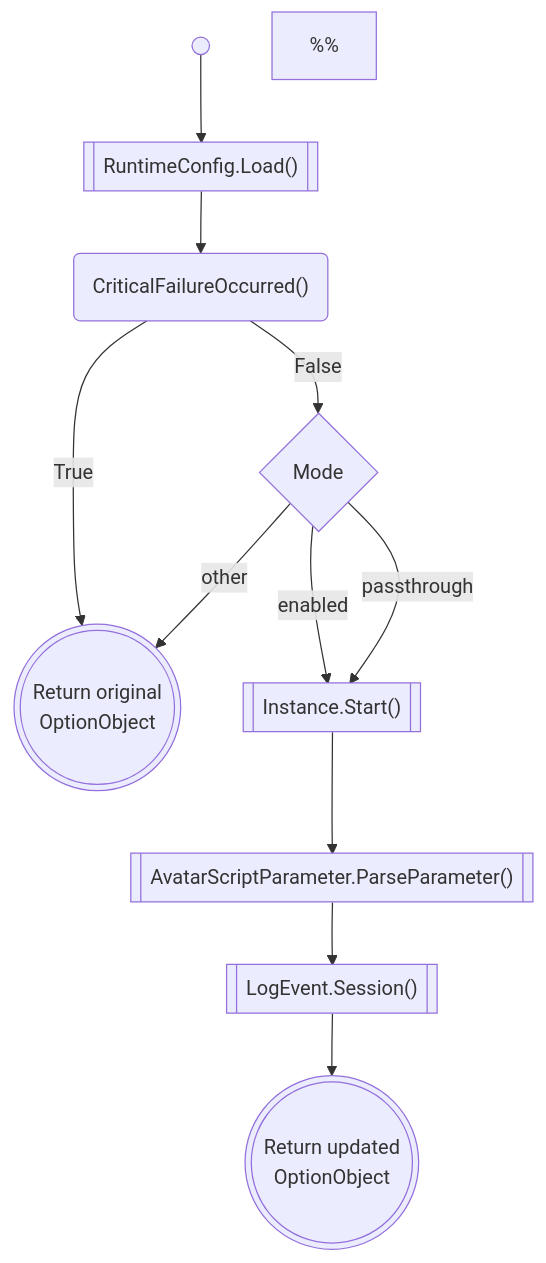
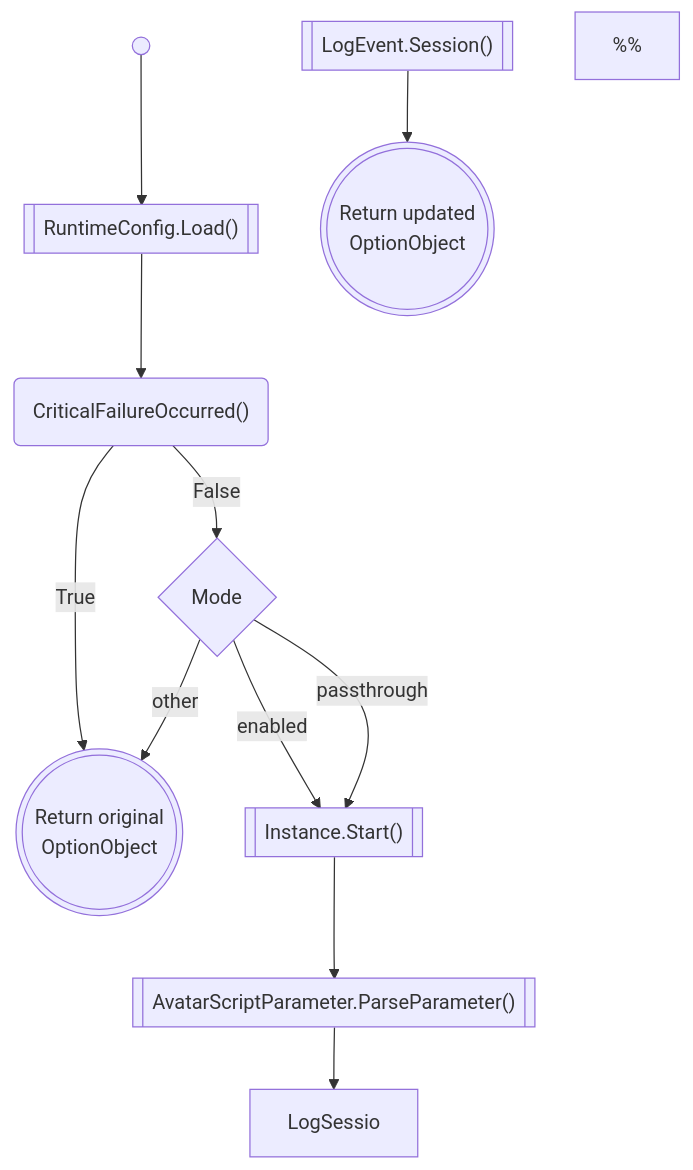
The first of 3 diagrams in static/diagrams/TingenWebService.md (spectrum-health-systems/tingen-documentation), drawn with Mermaid before and after one commit. The commit also changed other lines of this file, not shown here.

````diff
--- a/static/diagrams/TingenWebService.md
+++ b/static/diagrams/TingenWebService.md
@@ -24,15 +24,25 @@
 ```mermaid
 flowchart TD
-    Start@{shape: sm-circ, label: ""} --> RuntimeConfig_Load@{shape: fr-rect, label: "RuntimeConfig.Load()"}
-    RuntimeConfig_Load --> CriticalFailureOccurred@{shape: rounded, label: "CriticalFailureOccurred()"}
-    CriticalFailureOccurred -- True --> ReturnOriginalOptionObject@{shape: dbl-circ, label: "Return original\nOptionObject"}
-    CriticalFailureOccurred -- False --> Mode@{shape: diam, label: "Mode"}
-    Mode -- enabled --> Instance.Start@{shape: fr-rect, label: "Instance.Start()"}
+    %% Components
+    Start@{shape: sm-circ, label: ""}
+    RuntimeConfig_Load@{shape: fr-rect, label: "RuntimeConfig.Load()"}
+    CriticalFailureOccurred@{shape: rounded, label: "CriticalFailureOccurred()"}
+    ReturnOriginalOptionObject@{shape: dbl-circ, label: "Return original\nOptionObject"}
+    Mode@{shape: diam, label: "Mode"}
+    Instance.Start@{shape: fr-rect, label: "Instance.Start()"}
+    ParseParameter@{shape: fr-rect, label: "AvatarScriptParameter.ParseParameter()"}
+    LogSession@{shape: fr-rect, label: "LogEvent.Session()"}
+    ReturnUpdatedOptionObject@{shape: dbl-circ, label: "Return updated\nOptionObject"}
+    %% Layout
+    Start --> RuntimeConfig_Load --> CriticalFailureOccurred
+    CriticalFailureOccurred -- True --> ReturnOriginalOptionObject
+    CriticalFailureOccurred -- False --> Mode
+    Mode -- enabled --> Instance.Start
     Mode -- passthrough --> Instance.Start
     Mode -- other --> ReturnOriginalOptionObject
-    Instance.Start --> ParseParameter@{shape: fr-rect, label: "AvatarScriptParameter.ParseParameter()"}
-    ParseParameter --> LogSession@{shape: fr-rect, label: "LogEvent.Session()"}
-    LogSession --> ReturnUpdatedOptionObject@{shape: dbl-circ, label: "Return updated\nOptionObject"}
+    Instance.Start --> ParseParameter
+    ParseParameter --> LogSessio
+    LogSession --> ReturnUpdatedOptionObject
     %%
     click RuntimeConfig_Load "https://github.com/spectrum-health-systems/tingen-documentation-project/blob/main/static/diagrams/TingenWebService.Configuration.md#tingenwebserviceconfigurationruntimeconfigcs"
 ```
````
